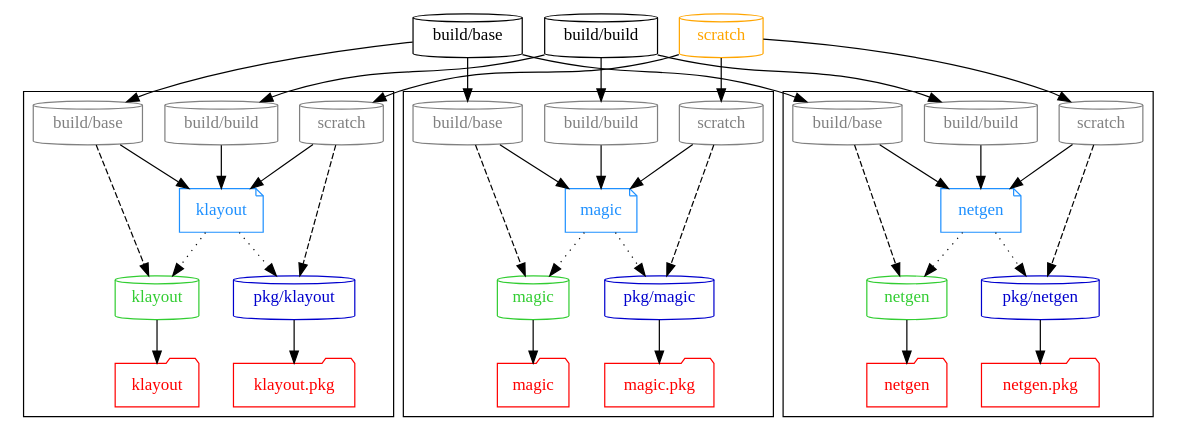
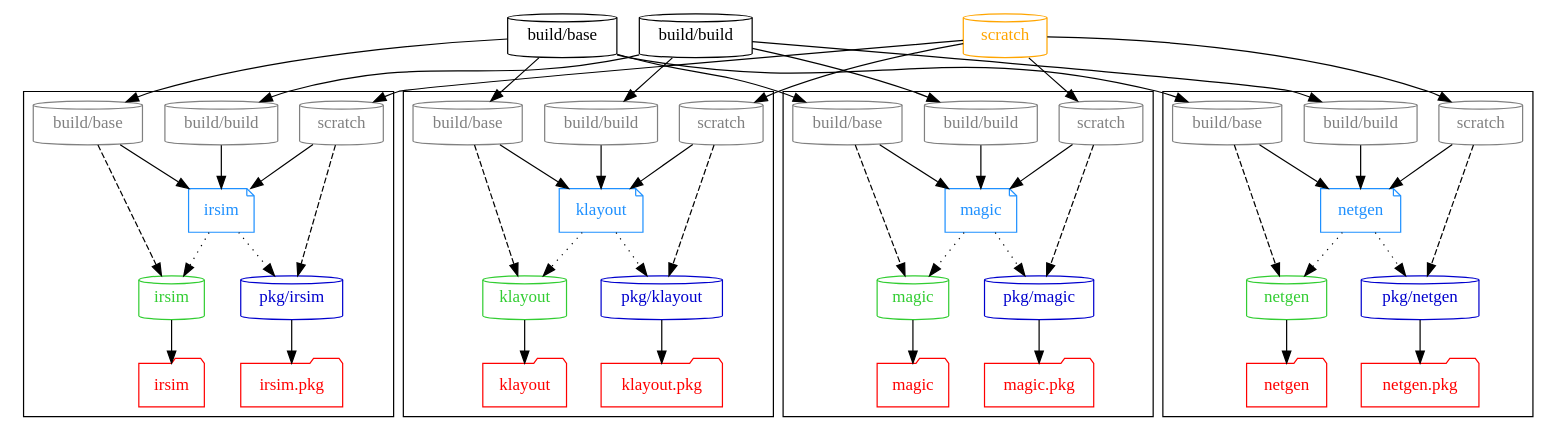
One commit to hdl/containers changed the diagram in doc/graph/asic.dot. Above: the diagram before and after it, drawn with Graphviz. The commit also changed 10 other files, not shown here.

```diff
--- a/doc/graph/asic.dot
+++ b/doc/graph/asic.dot
@@ -1,158 +1,190 @@
 # Authors:
 #   Unai Martinez-Corral
 #
 # Copyright 2021-2022 Unai Martinez-Corral <unai.martinezcorral@ehu.eus>
 #
 # Licensed under the Apache License, Version 2.0 (the "License");
 # you may not use this file except in compliance with the License.
 # You may obtain a copy of the License at
 #
 #     http://www.apache.org/licenses/LICENSE-2.0
 #
 # Unless required by applicable law or agreed to in writing, software
 # distributed under the License is distributed on an "AS IS" BASIS,
 # WITHOUT WARRANTIES OR CONDITIONS OF ANY KIND, either express or implied.
 # See the License for the specific language governing permissions and
 # limitations under the License.
 #
 # SPDX-License-Identifier: Apache-2.0
 
 digraph G {
 
   #splines=polyline; #curved
   newrank=true;
 
   # Dockerfiles
 
   { node [shape=note, color=dodgerblue, fontcolor=dodgerblue]
+    d_irsim [label="irsim"];
     d_klayout [label="klayout"];
     d_magic [label="magic"];
     d_netgen [label="netgen"];
   }
 
   # Images
 
   { node [shape=cylinder]
     "build/build"
     "build/base"
     { node [color=limegreen, fontcolor=limegreen]
+      "irsim"
       "klayout"
       "magic"
       "netgen"
     }
     { node [color=mediumblue, fontcolor=mediumblue]
+      "pkg/irsim"
       "pkg/klayout"
       "pkg/magic"
       "pkg/netgen"
     }
   }
 
   # External images
 
   { node [shape=cylinder, color=orange, fontcolor=orange]
     "scratch"
   }
 
   { rank=same
     "build/build"
     "build/base"
     "scratch"
   }
 
   # Workflows
+
+  subgraph cluster_irsim {
+    { rank=same
+      node [shape=cylinder, color=grey, fontcolor=grey]
+      "p_irsim_build/build" [label="build/build"]
+      "p_irsim_build/base" [label="build/base"]
+      "p_irsim_scratch" [label="scratch"]
+    }
+
+    d_irsim -> {
+      "irsim"
+      "pkg/irsim"
+    } [style=dotted];
+
+    {
+      node [shape=folder, color=red, fontcolor=red]
+      "t_irsim" [label="irsim"];
+      "t_pkg/irsim" [label="irsim.pkg"];
+    }
+
+    "irsim" -> "t_irsim";
+    "pkg/irsim" -> "t_pkg/irsim";
+  }
 
   subgraph cluster_klayout {
     { rank=same
       node [shape=cylinder, color=grey, fontcolor=grey]
       "p_klayout_build/build" [label="build/build"]
       "p_klayout_build/base" [label="build/base"]
       "p_klayout_scratch" [label="scratch"]
     }
 
     d_klayout -> {
       "klayout"
       "pkg/klayout"
     } [style=dotted];
 
     {
       node [shape=folder, color=red, fontcolor=red]
       "t_klayout" [label="klayout"];
       "t_pkg/klayout" [label="klayout.pkg"];
     }
 
     "klayout" -> "t_klayout";
     "pkg/klayout" -> "t_pkg/klayout";
   }
 
   subgraph cluster_magic {
     { rank=same
       node [shape=cylinder, color=grey, fontcolor=grey]
       "p_magic_build/build" [label="build/build"]
       "p_magic_build/base" [label="build/base"]
       "p_magic_scratch" [label="scratch"]
     }
 
     d_magic -> {
       "magic"
       "pkg/magic"
     } [style=dotted];
 
     {
       node [shape=folder, color=red, fontcolor=red]
       "t_magic" [label="magic"];
       "t_pkg/magic" [label="magic.pkg"];
     }
 
     "magic" -> "t_magic";
     "pkg/magic" -> "t_pkg/magic";
   }
 
   subgraph cluster_netgen {
     { rank=same
       node [shape=cylinder, color=grey, fontcolor=grey]
       "p_netgen_build/build" [label="build/build"]
       "p_netgen_build/base" [label="build/base"]
       "p_netgen_scratch" [label="scratch"]
     }
 
     d_netgen -> {
       "netgen"
       "pkg/netgen"
     } [style=dotted];
 
     {
       node [shape=folder, color=red, fontcolor=red]
       "t_netgen" [label="netgen"];
       "t_pkg/netgen" [label="netgen.pkg"];
     }
 
     "netgen" -> "t_netgen";
     "pkg/netgen" -> "t_pkg/netgen";
   }
 
   # Dockerfile dependencies
 
+  "build/build" -> "p_irsim_build/build" -> d_irsim;
+  "build/base" -> "p_irsim_build/base" -> d_irsim;
+  "scratch" -> "p_irsim_scratch" -> d_irsim;
+
   "build/build" -> "p_klayout_build/build" -> d_klayout;
   "build/base" -> "p_klayout_build/base" -> d_klayout;
   "scratch" -> "p_klayout_scratch" -> d_klayout;
 
   "build/build" -> "p_magic_build/build" -> d_magic;
   "build/base" -> "p_magic_build/base" -> d_magic;
   "scratch" -> "p_magic_scratch" -> d_magic;
 
   "build/build" -> "p_netgen_build/build" -> d_netgen;
   "build/base" -> "p_netgen_build/base" -> d_netgen;
   "scratch" -> "p_netgen_scratch" -> d_netgen;
 
   # Image dependencies
 
   { edge [style=dashed]
+    "p_irsim_build/base" -> "irsim";
+    "p_irsim_scratch" -> "pkg/irsim";
     "p_klayout_build/base" -> "klayout";
     "p_klayout_scratch" -> "pkg/klayout";
     "p_magic_build/base" -> "magic";
     "p_magic_scratch" -> "pkg/magic";
     "p_netgen_build/base" -> "netgen";
     "p_netgen_scratch" -> "pkg/netgen";
   }
 
 }
```
